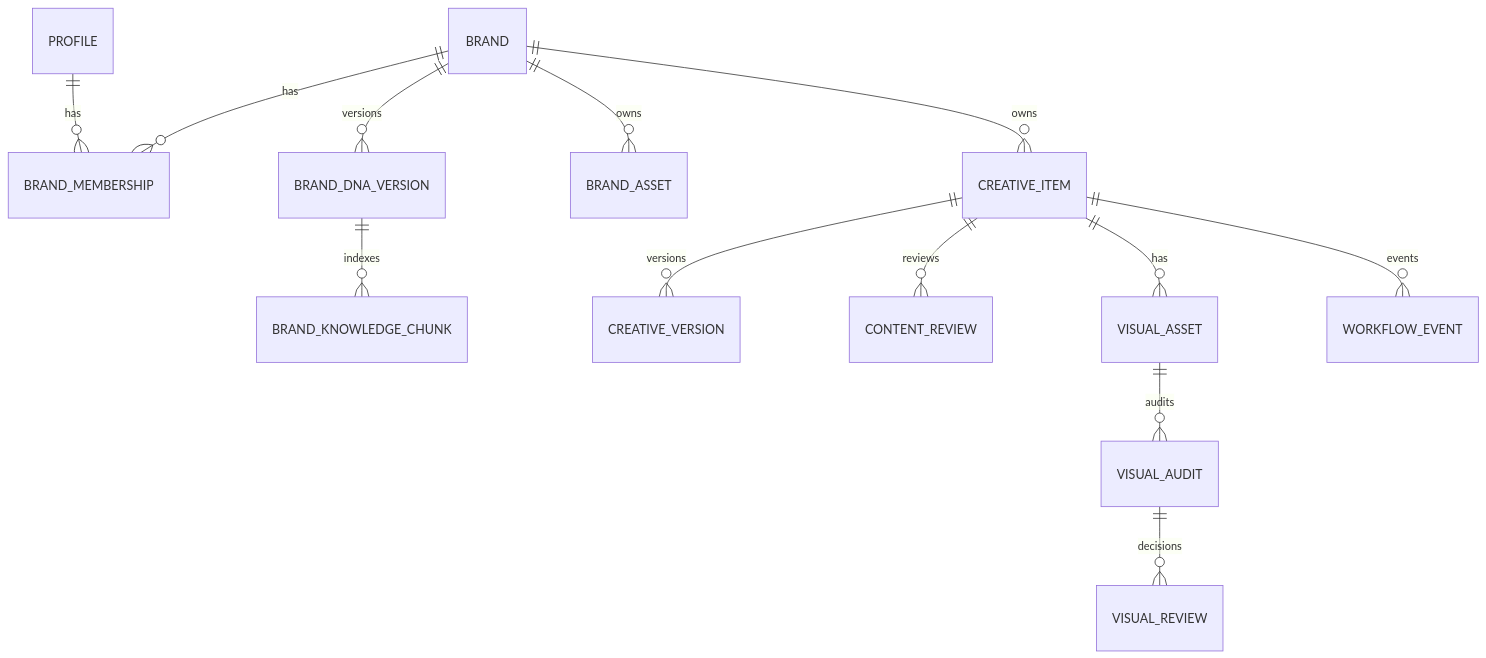
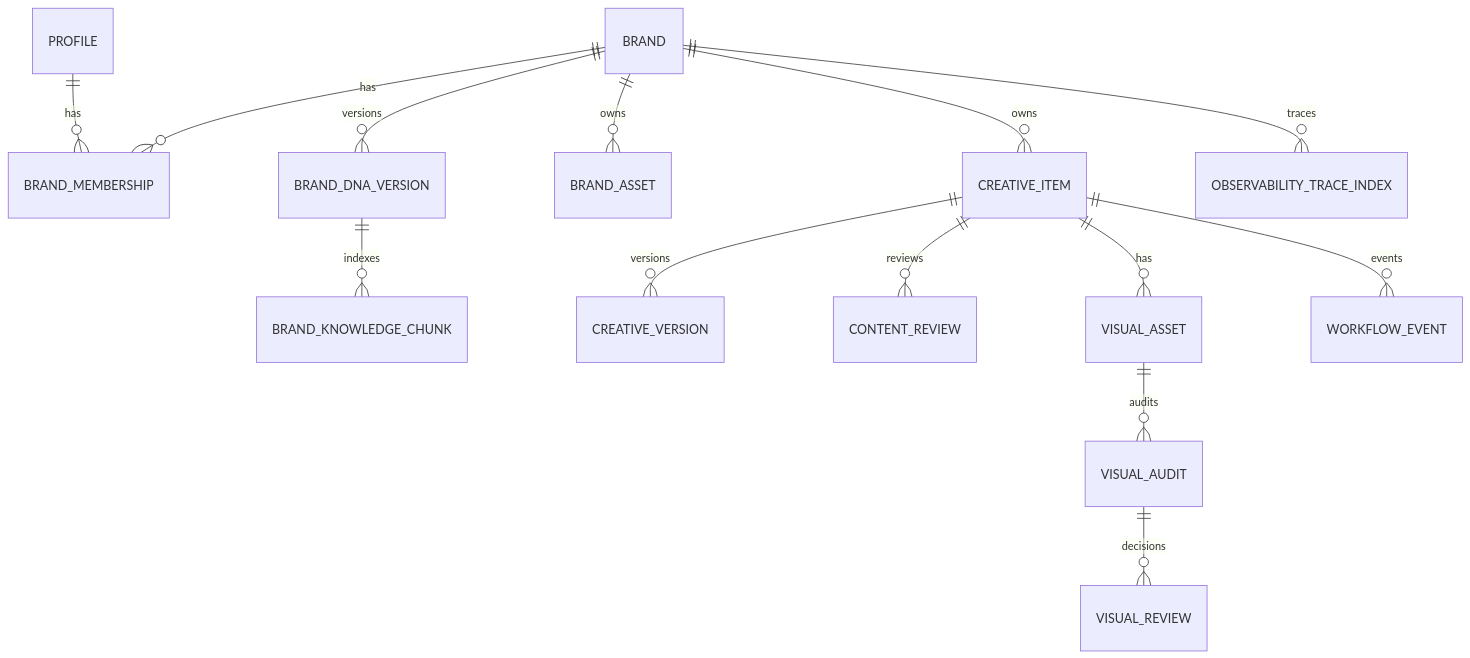
One commit to bylenz/content-suite changed the diagram in DATA_MODEL.md. Above: the diagram before and after it, drawn with Mermaid. The commit also changed other lines of this file and 265 other files, not shown here.

````diff
--- a/DATA_MODEL.md
+++ b/DATA_MODEL.md
@@ -5,15 +5,16 @@
 ```mermaid
 erDiagram
   PROFILE ||--o{ BRAND_MEMBERSHIP : has
   BRAND ||--o{ BRAND_MEMBERSHIP : has
   BRAND ||--o{ BRAND_DNA_VERSION : versions
   BRAND_DNA_VERSION ||--o{ BRAND_KNOWLEDGE_CHUNK : indexes
   BRAND ||--o{ BRAND_ASSET : owns
   BRAND ||--o{ CREATIVE_ITEM : owns
   CREATIVE_ITEM ||--o{ CREATIVE_VERSION : versions
   CREATIVE_ITEM ||--o{ CONTENT_REVIEW : reviews
   CREATIVE_ITEM ||--o{ VISUAL_ASSET : has
   VISUAL_ASSET ||--o{ VISUAL_AUDIT : audits
   VISUAL_AUDIT ||--o{ VISUAL_REVIEW : decisions
   CREATIVE_ITEM ||--o{ WORKFLOW_EVENT : events
+  BRAND ||--o{ OBSERVABILITY_TRACE_INDEX : traces
 ```
````
